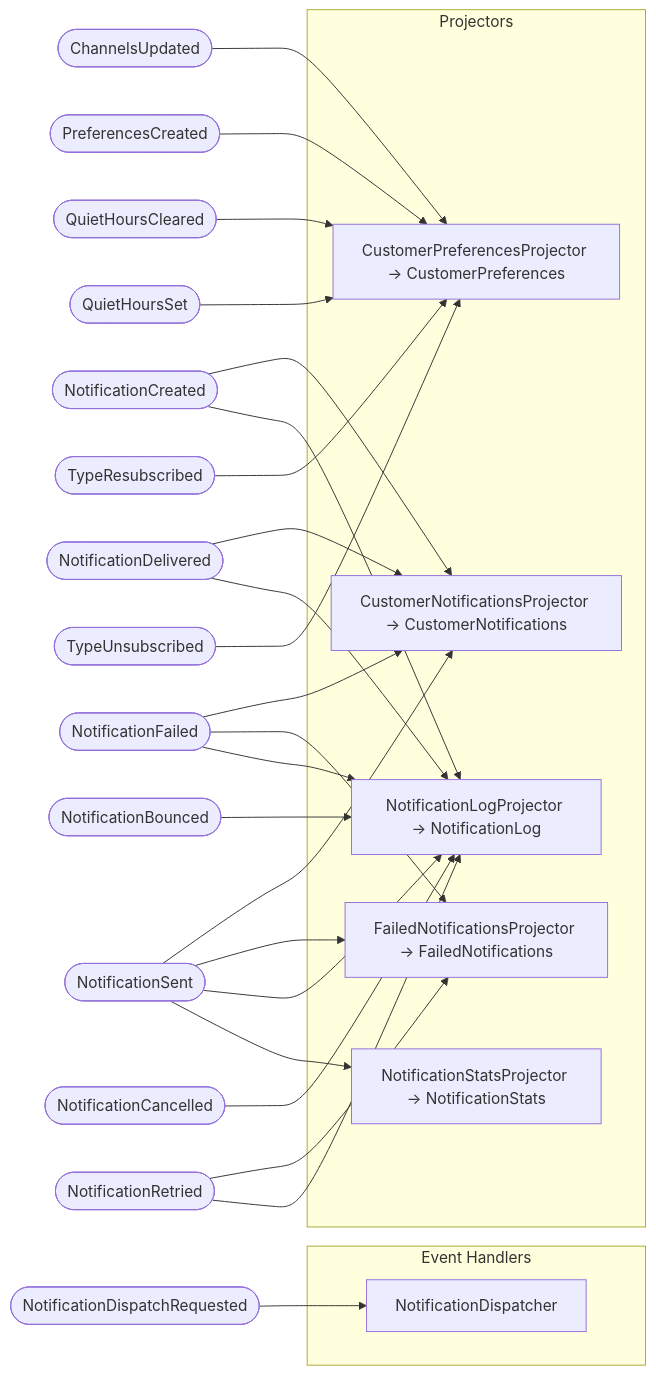
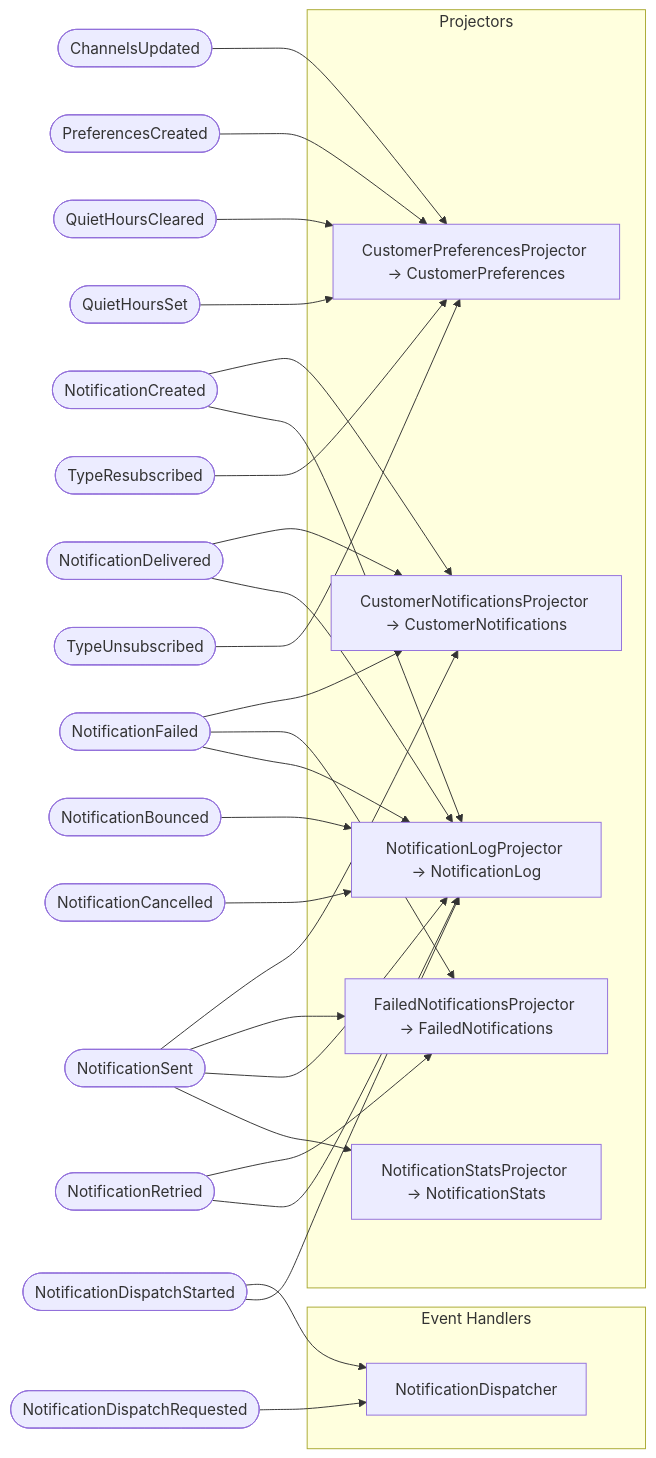
Before and after one commit to proteanhq/shopstream: the third of 3 diagrams in docs/notifications/event-flows.md, drawn with Mermaid. The commit also changed other lines of this file and 61 other files, not shown here.

First line of the commit message:
Claim a notification before its send, and send retried notifications again (#130)

````diff
--- a/docs/notifications/event-flows.md
+++ b/docs/notifications/event-flows.md
@@ -79,49 +85,52 @@
 ```mermaid
 flowchart LR
     evt_notifications_notification_events_NotificationBounced([NotificationBounced])
     evt_notifications_notification_events_NotificationCancelled([NotificationCancelled])
     evt_notifications_notification_events_NotificationCreated([NotificationCreated])
     evt_notifications_notification_events_NotificationDelivered([NotificationDelivered])
     evt_notifications_notification_events_NotificationDispatchRequested([NotificationDispatchRequested])
+    evt_notifications_notification_events_NotificationDispatchStarted([NotificationDispatchStarted])
     evt_notifications_notification_events_NotificationFailed([NotificationFailed])
     evt_notifications_notification_events_NotificationRetried([NotificationRetried])
     evt_notifications_notification_events_NotificationSent([NotificationSent])
     evt_notifications_preference_events_ChannelsUpdated([ChannelsUpdated])
     evt_notifications_preference_events_PreferencesCreated([PreferencesCreated])
     evt_notifications_preference_events_QuietHoursCleared([QuietHoursCleared])
     evt_notifications_preference_events_QuietHoursSet([QuietHoursSet])
     evt_notifications_preference_events_TypeResubscribed([TypeResubscribed])
     evt_notifications_preference_events_TypeUnsubscribed([TypeUnsubscribed])
     subgraph event_handlers["Event Handlers"]
         eh_notifications_notification_dispatch_NotificationDispatcher[NotificationDispatcher]
     end
     subgraph projectors["Projectors"]
         proj_notifications_projections_customer_notifications_CustomerNotificationsProjector[CustomerNotificationsProjector → CustomerNotifications]
         proj_notifications_projections_customer_preferences_CustomerPreferencesProjector[CustomerPreferencesProjector → CustomerPreferences]
         proj_notifications_projections_failed_notifications_FailedNotificationsProjector[FailedNotificationsProjector → FailedNotifications]
         proj_notifications_projections_notification_log_NotificationLogProjector[NotificationLogProjector → NotificationLog]
         proj_notifications_projections_notification_stats_NotificationStatsProjector[NotificationStatsProjector → NotificationStats]
     end
     evt_notifications_notification_events_NotificationDispatchRequested --> eh_notifications_notification_dispatch_NotificationDispatcher
+    evt_notifications_notification_events_NotificationDispatchStarted --> eh_notifications_notification_dispatch_NotificationDispatcher
     evt_notifications_notification_events_NotificationCreated --> proj_notifications_projections_customer_notifications_CustomerNotificationsProjector
     evt_notifications_notification_events_NotificationDelivered --> proj_notifications_projections_customer_notifications_CustomerNotificationsProjector
     evt_notifications_notification_events_NotificationFailed --> proj_notifications_projections_customer_notifications_CustomerNotificationsProjector
     evt_notifications_notification_events_NotificationSent --> proj_notifications_projections_customer_notifications_CustomerNotificationsProjector
     evt_notifications_preference_events_ChannelsUpdated --> proj_notifications_projections_customer_preferences_CustomerPreferencesProjector
     evt_notifications_preference_events_PreferencesCreated --> proj_notifications_projections_customer_preferences_CustomerPreferencesProjector
     evt_notifications_preference_events_QuietHoursCleared --> proj_notifications_projections_customer_preferences_CustomerPreferencesProjector
     evt_notifications_preference_events_QuietHoursSet --> proj_notifications_projections_customer_preferences_CustomerPreferencesProjector
     evt_notifications_preference_events_TypeResubscribed --> proj_notifications_projections_customer_preferences_CustomerPreferencesProjector
     evt_notifications_preference_events_TypeUnsubscribed --> proj_notifications_projections_customer_preferences_CustomerPreferencesProjector
     evt_notifications_notification_events_NotificationFailed --> proj_notifications_projections_failed_notifications_FailedNotificationsProjector
     evt_notifications_notification_events_NotificationRetried --> proj_notifications_projections_failed_notifications_FailedNotificationsProjector
     evt_notifications_notification_events_NotificationSent --> proj_notifications_projections_failed_notifications_FailedNotificationsProjector
     evt_notifications_notification_events_NotificationBounced --> proj_notifications_projections_notification_log_NotificationLogProjector
     evt_notifications_notification_events_NotificationCancelled --> proj_notifications_projections_notification_log_NotificationLogProjector
     evt_notifications_notification_events_NotificationCreated --> proj_notifications_projections_notification_log_NotificationLogProjector
     evt_notifications_notification_events_NotificationDelivered --> proj_notifications_projections_notification_log_NotificationLogProjector
+    evt_notifications_notification_events_NotificationDispatchStarted --> proj_notifications_projections_notification_log_NotificationLogProjector
     evt_notifications_notification_events_NotificationFailed --> proj_notifications_projections_notification_log_NotificationLogProjector
     evt_notifications_notification_events_NotificationRetried --> proj_notifications_projections_notification_log_NotificationLogProjector
     evt_notifications_notification_events_NotificationSent --> proj_notifications_projections_notification_log_NotificationLogProjector
     evt_notifications_notification_events_NotificationSent --> proj_notifications_projections_notification_stats_NotificationStatsProjector
 ```
````
